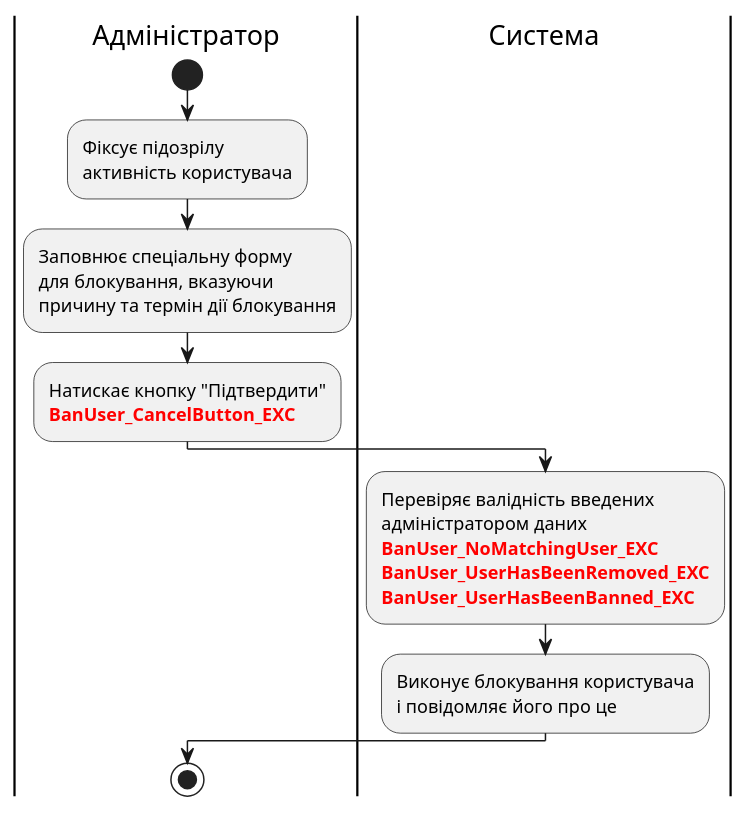
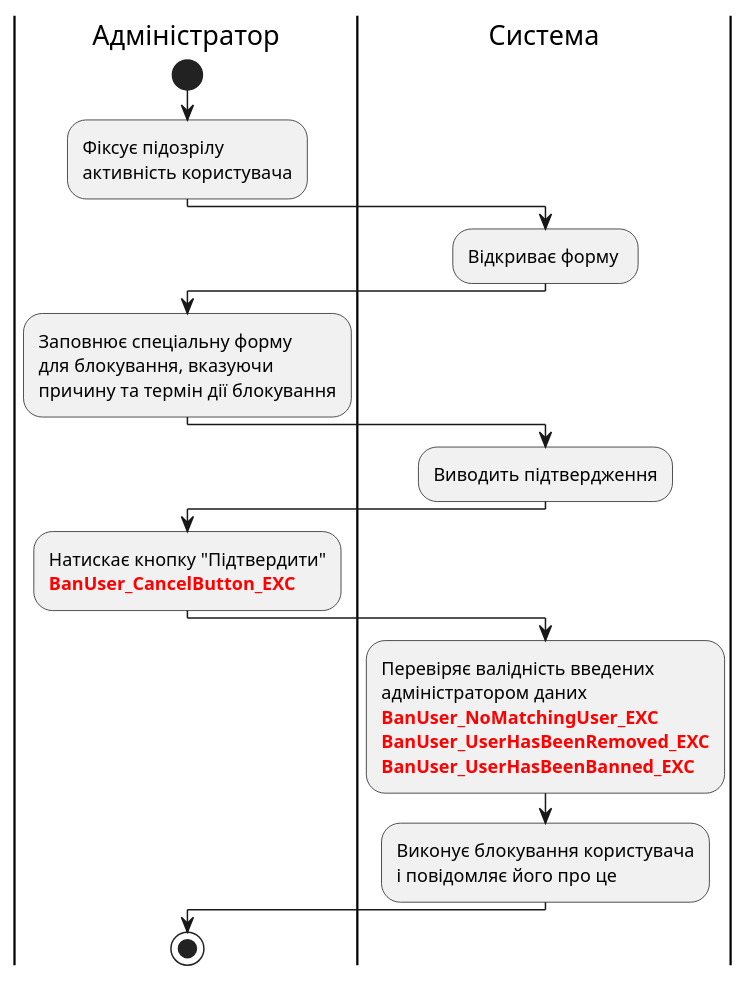
One commit to boldak/edu-db-cw changed diagram 22 of 24 in docs/use cases/README.md. Above: the diagram before and after it, drawn with PlantUML. The commit also changed other lines of this file, not shown here.

```diff
--- a/docs/use cases/README.md
+++ b/docs/use cases/README.md
@@ -1323,15 +1328,25 @@
 @startuml
 
 |Адміністратор|
 start;
 :Фіксує підозрілу\nактивність користувача;
+
+|Система|
+:Відкриває форму ;
+
+|Адміністратор|
 :Заповнює спеціальну форму\nдля блокування, вказуючи\nпричину та термін дії блокування;
+
+|Система|
+:Виводить підтвердження;
+
+|Адміністратор|
 :Натискає кнопку "Підтвердити"\n<font color="red"><b>BanUser_CancelButton_EXC;
 
 |Система|
 :Перевіряє валідність введених\nадміністратором даних\n<font color="red"><b>BanUser_NoMatchingUser_EXC\n<font color="red"><b>BanUser_UserHasBeenRemoved_EXC\n<font color="red"><b>BanUser_UserHasBeenBanned_EXC;
 :Виконує блокування користувача\nі повідомляє його про це;
 
 |Адміністратор|
 stop;
 @enduml
```
